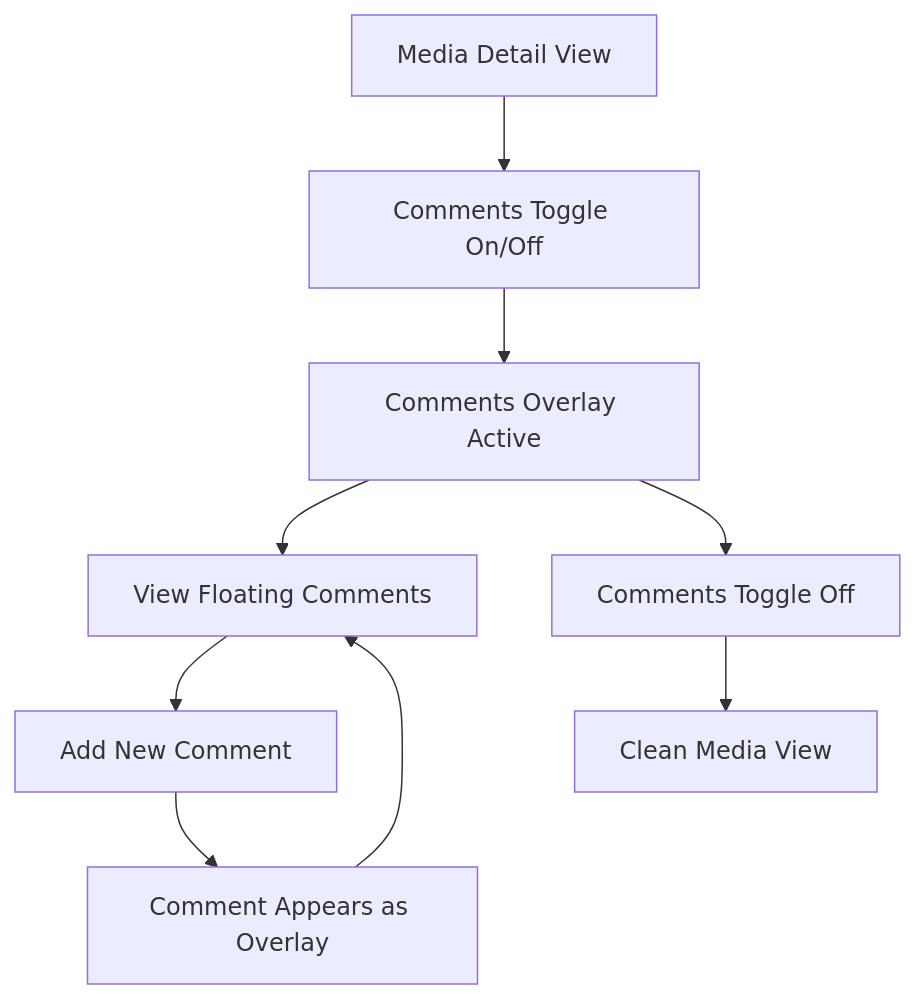
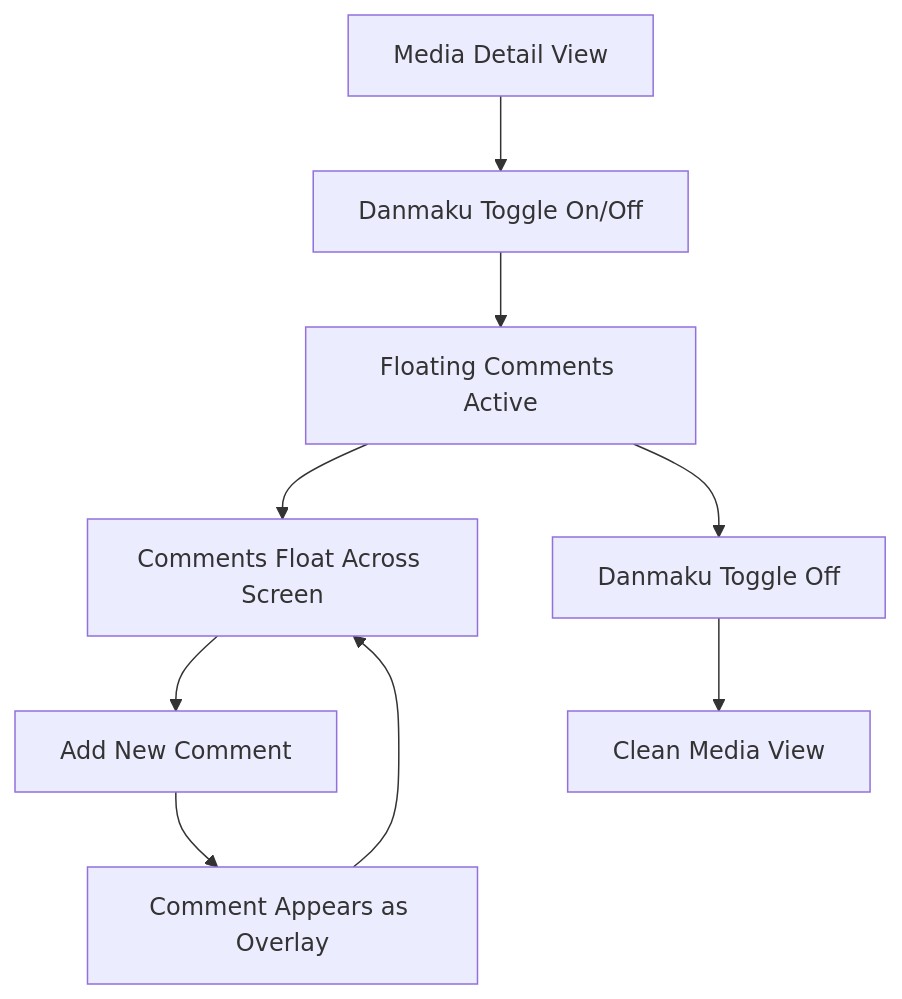
Before and after one commit to fooljohnny/zviewer: the fourth of 4 diagrams in docs/front-end-spec.md, drawn with Mermaid. The commit also changed other lines of this file and 12 other files, not shown here.

````diff
--- a/docs/front-end-spec.md
+++ b/docs/front-end-spec.md
@@ -136,11 +140,11 @@
 ```mermaid
 graph TD
-    A[Media Detail View] --> B[Comments Toggle On/Off]
-    B --> C[Comments Overlay Active]
-    C --> D[View Floating Comments]
+    A[Media Detail View] --> B[Danmaku Toggle On/Off]
+    B --> C[Floating Comments Active]
+    C --> D[Comments Float Across Screen]
     D --> E[Add New Comment]
     E --> F[Comment Appears as Overlay]
     F --> D
-    C --> G[Comments Toggle Off]
+    C --> G[Danmaku Toggle Off]
     G --> H[Clean Media View]
 ```
````
